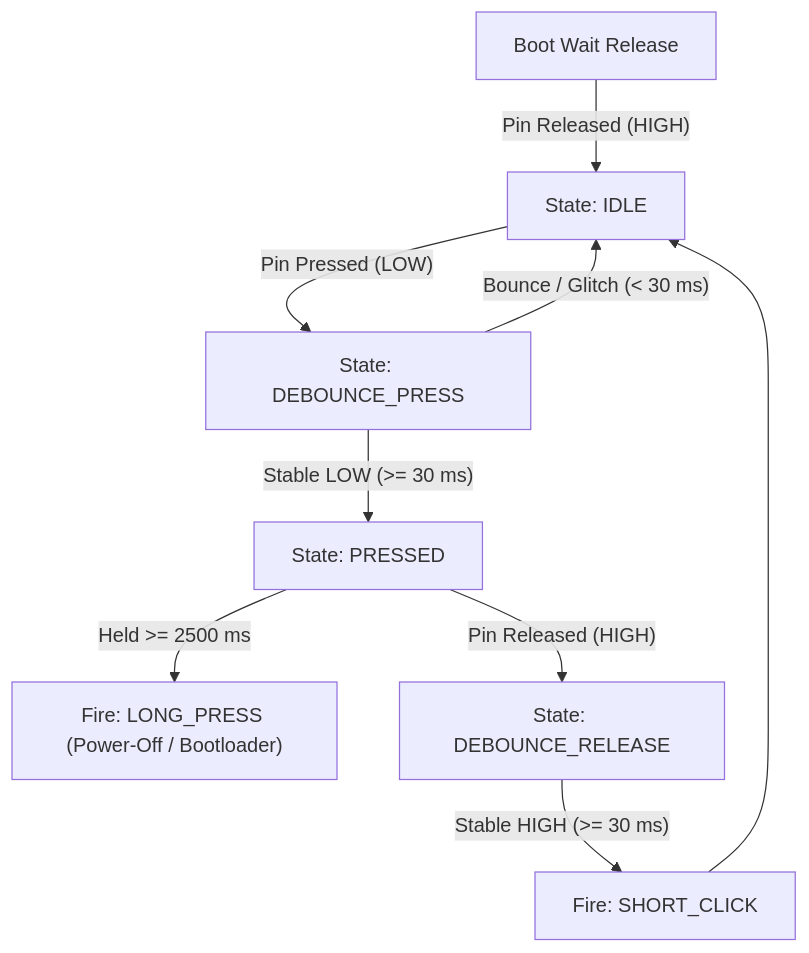
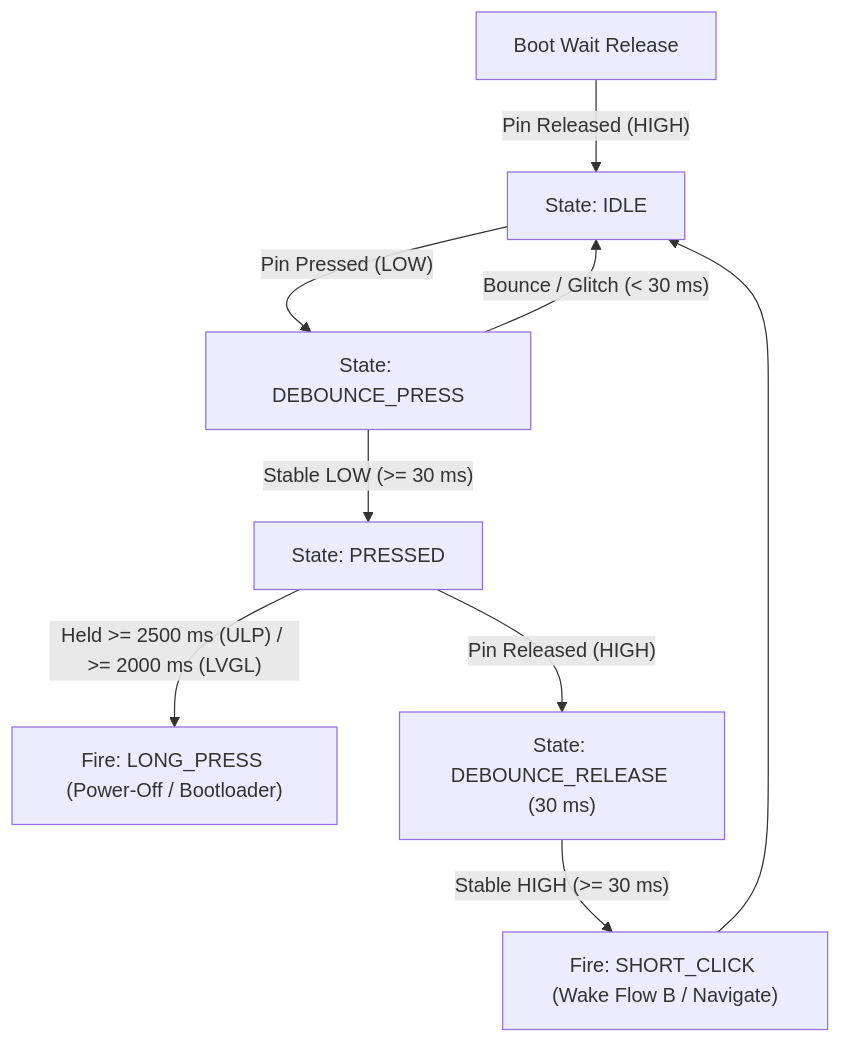
The diagram in docs/drivers/07_io.md (Humidyne-Labs/H1OS), drawn with Mermaid before and after one commit. The commit also changed other lines of this file and 39 other files, not shown here.

````diff
--- a/docs/drivers/07_io.md
+++ b/docs/drivers/07_io.md
@@ -29,11 +30,11 @@
 ```mermaid
 graph TD;
     Start["Boot Wait Release"] -- "Pin Released (HIGH)" --> Idle["State: IDLE"];
     Idle -- "Pin Pressed (LOW)" --> DebouncePress["State: DEBOUNCE_PRESS"];
     DebouncePress -- "Bounce / Glitch (< 30 ms)" --> Idle;
     DebouncePress -- "Stable LOW (>= 30 ms)" --> Pressed["State: PRESSED"];
-    Pressed -- "Held >= 2500 ms" --> LongHold["Fire: LONG_PRESS (Power-Off / Bootloader)"];
-    Pressed -- "Pin Released (HIGH)" --> DebounceRelease["State: DEBOUNCE_RELEASE"];
-    DebounceRelease -- "Stable HIGH (>= 30 ms)" --> ShortClick["Fire: SHORT_CLICK"];
+    Pressed -- "Held >= 2500 ms (ULP) / >= 2000 ms (LVGL)" --> LongHold["Fire: LONG_PRESS (Power-Off / Bootloader)"];
+    Pressed -- "Pin Released (HIGH)" --> DebounceRelease["State: DEBOUNCE_RELEASE (30 ms)"];
+    DebounceRelease -- "Stable HIGH (>= 30 ms)" --> ShortClick["Fire: SHORT_CLICK (Wake Flow B / Navigate)"];
     ShortClick --> Idle;
 ```
````
